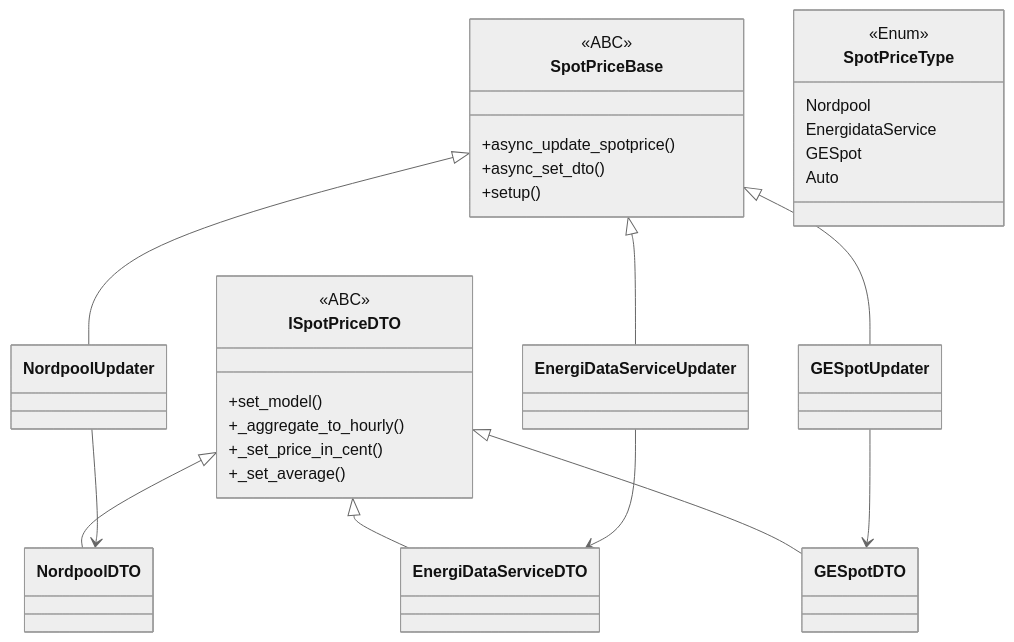
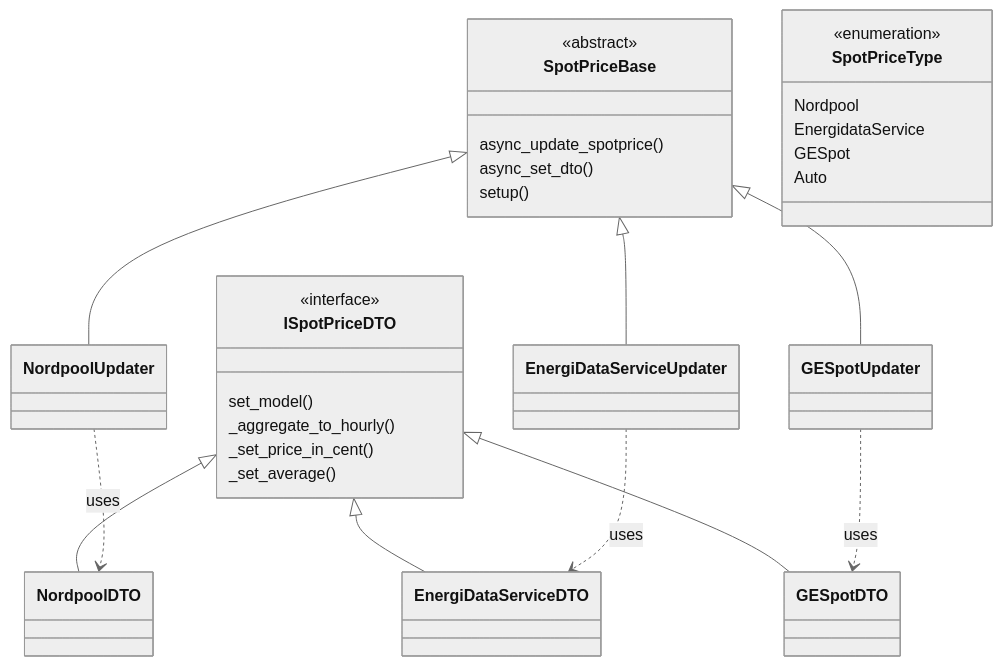
One commit to elden1337/peaqev-core changed the third of 4 diagrams in docs/ARCHITECTURE.md. Above: the diagram before and after it, drawn with Mermaid (neutral theme). The commit also changed 2 other files, not shown here.

Commit message:
docs: Improve Mermaid diagrams - remove empty boxes and simplify
- Fix class diagram to declare child classes explicitly (removes empty boxes)
- Simplify component diagrams to horizontal layout (LR instead of TB)
- Remove excessive bullet points and nested subgraphs
- Use cleaner, more concise labels
- Better visual flow and readability

````diff
--- a/docs/ARCHITECTURE.md
+++ b/docs/ARCHITECTURE.md
@@ -133,37 +133,45 @@
 ```mermaid
 classDiagram
     class SpotPriceBase {
-        <<ABC>>
-        +async_update_spotprice()
-        +async_set_dto()
-        +setup()
+        <<abstract>>
+        async_update_spotprice()
+        async_set_dto()
+        setup()
     }
     
     class ISpotPriceDTO {
-        <<ABC>>
-        +set_model()
-        +_aggregate_to_hourly()
-        +_set_price_in_cent()
-        +_set_average()
+        <<interface>>
+        set_model()
+        _aggregate_to_hourly()
+        _set_price_in_cent()
+        _set_average()
     }
     
     class SpotPriceType {
-        <<Enum>>
+        <<enumeration>>
         Nordpool
         EnergidataService
         GESpot
         Auto
     }
+    
+    class NordpoolUpdater
+    class EnergiDataServiceUpdater
+    class GESpotUpdater
+    
+    class NordpoolDTO
+    class EnergiDataServiceDTO
+    class GESpotDTO
     
     SpotPriceBase <|-- NordpoolUpdater
     SpotPriceBase <|-- EnergiDataServiceUpdater
     SpotPriceBase <|-- GESpotUpdater
     
     ISpotPriceDTO <|-- NordpoolDTO
     ISpotPriceDTO <|-- EnergiDataServiceDTO
     ISpotPriceDTO <|-- GESpotDTO
     
-    NordpoolUpdater --> NordpoolDTO
-    EnergiDataServiceUpdater --> EnergiDataServiceDTO
-    GESpotUpdater --> GESpotDTO
+    NordpoolUpdater ..> NordpoolDTO : uses
+    EnergiDataServiceUpdater ..> EnergiDataServiceDTO : uses
+    GESpotUpdater ..> GESpotDTO : uses
 ```
````
